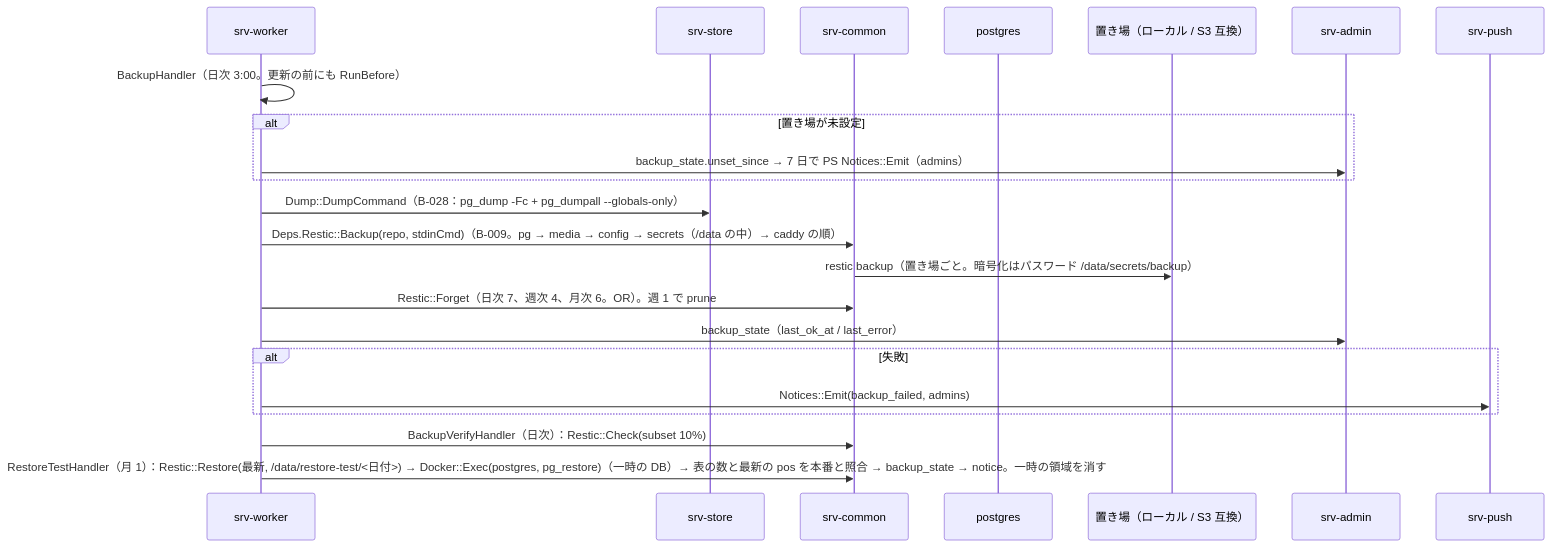
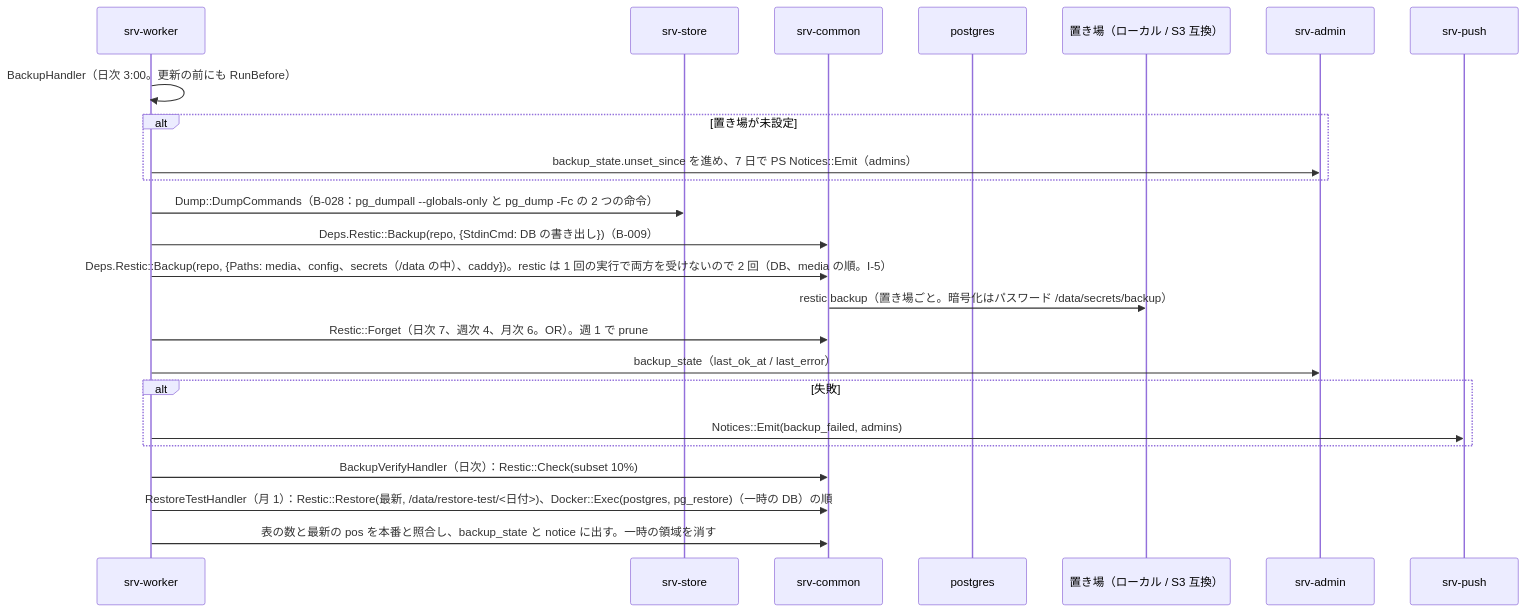
Before and after one commit to nrsd-ishikawasou/family-talk-pwa: the second of 3 diagrams in dev/docs/jp/シーケンス/12_裏の処理.md, drawn with Mermaid. The commit also changed other lines of this file and 290 other files, not shown here.

````diff
--- a/dev/docs/jp/シーケンス/12_裏の処理.md
+++ b/dev/docs/jp/シーケンス/12_裏の処理.md
@@ -36,24 +44,26 @@
 ```mermaid
 sequenceDiagram
   participant WK as srv-worker
   participant ST as srv-store
   participant CM as srv-common
   participant PG as postgres
   participant EXT as 置き場（ローカル / S3 互換）
   participant AD as srv-admin
   participant PS as srv-push
   WK->>WK: BackupHandler（日次 3:00。更新の前にも RunBefore）
   alt 置き場が未設定
-    WK->>AD: backup_state.unset_since → 7 日で PS Notices::Emit（admins）
+    WK->>AD: backup_state.unset_since を進め、7 日で PS Notices::Emit（admins）
   end
-  WK->>ST: Dump::DumpCommand（B-028：pg_dump -Fc + pg_dumpall --globals-only）
-  WK->>CM: Deps.Restic::Backup(repo, stdinCmd)（B-009。pg → media → config → secrets（/data の中）→ caddy の順）
+  WK->>ST: Dump::DumpCommands（B-028：pg_dumpall --globals-only と pg_dump -Fc の 2 つの命令）
+  WK->>CM: Deps.Restic::Backup(repo, {StdinCmd: DB の書き出し})（B-009）
+  WK->>CM: Deps.Restic::Backup(repo, {Paths: media、config、secrets（/data の中）、caddy})。restic は 1 回の実行で両方を受けないので 2 回（DB、media の順。I-5）
   CM->>EXT: restic backup（置き場ごと。暗号化はパスワード /data/secrets/backup）
   WK->>CM: Restic::Forget（日次 7、週次 4、月次 6。OR）。週 1 で prune
   WK->>AD: backup_state（last_ok_at / last_error）
   alt 失敗
     WK->>PS: Notices::Emit(backup_failed, admins)
   end
   WK->>CM: BackupVerifyHandler（日次）：Restic::Check(subset 10%)
-  WK->>CM: RestoreTestHandler（月 1）：Restic::Restore(最新, /data/restore-test/<日付>) → Docker::Exec(postgres, pg_restore)（一時の DB）→ 表の数と最新の pos を本番と照合 → backup_state → notice。一時の領域を消す
+  WK->>CM: RestoreTestHandler（月 1）：Restic::Restore(最新, /data/restore-test/<日付>)、Docker::Exec(postgres, pg_restore)（一時の DB）の順
+  WK->>CM: 表の数と最新の pos を本番と照合し、backup_state と notice に出す。一時の領域を消す
 ```
````
